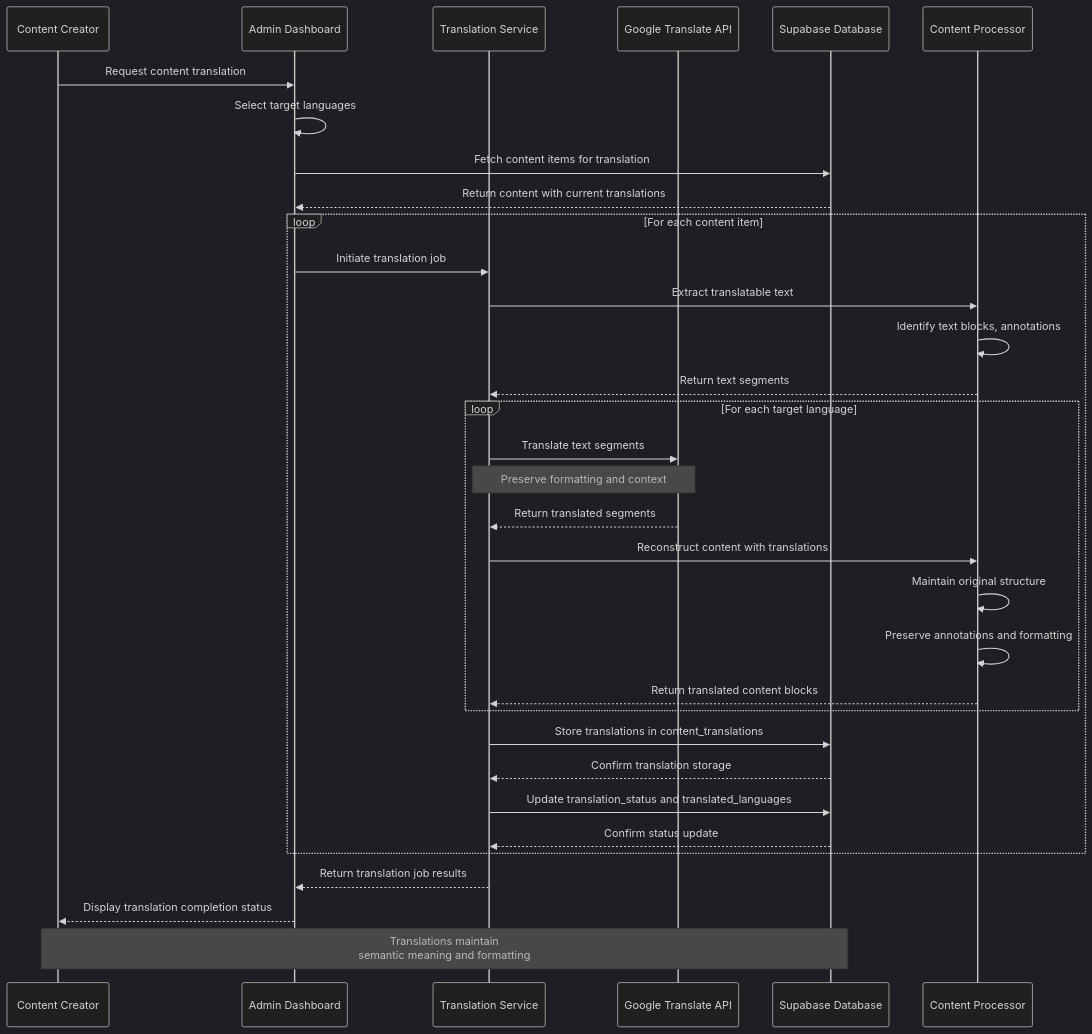
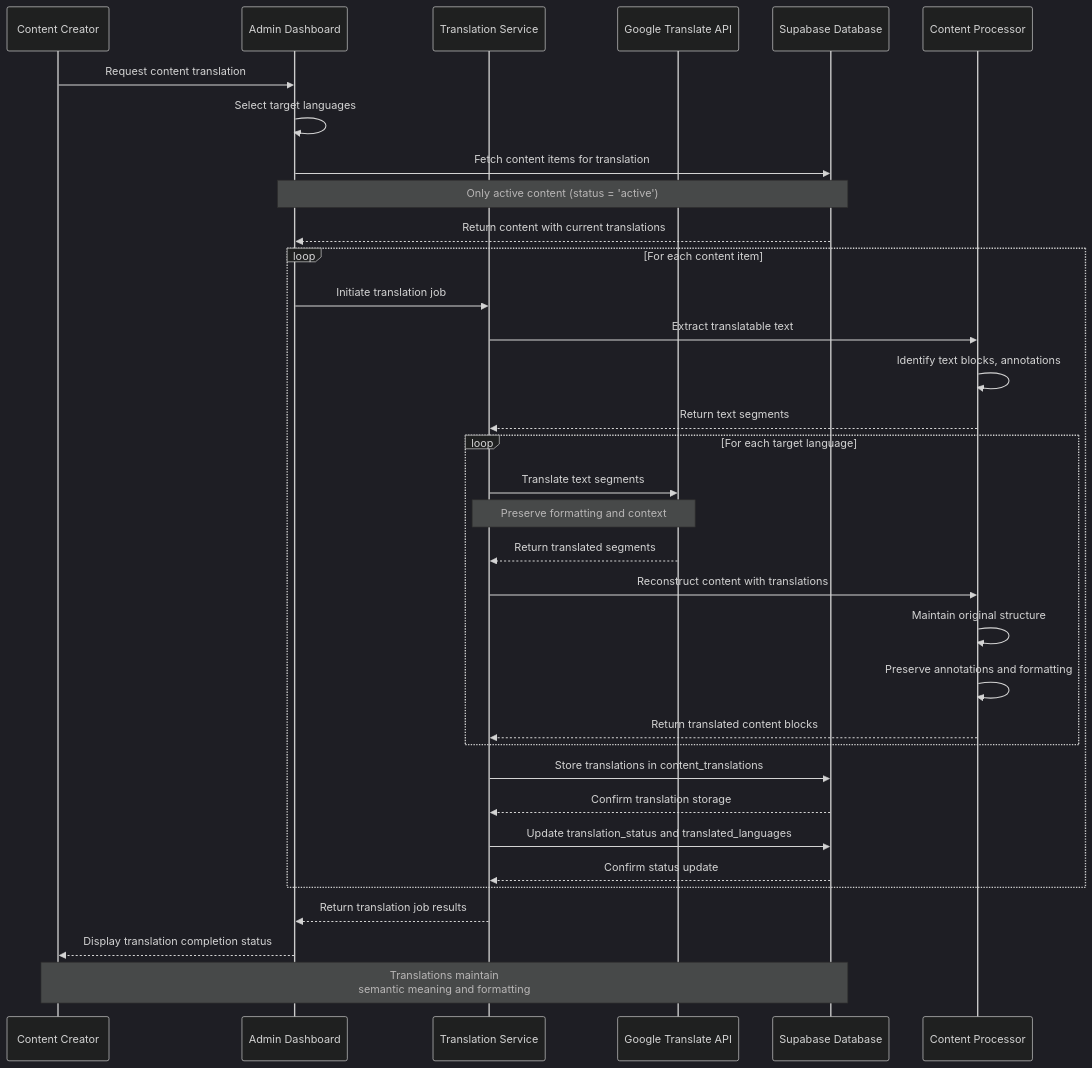
Before and after one commit to quinticechen/vista: the sixth of 8 diagrams in docs/SEQUENCE_DIAGRAMS.md, drawn with Mermaid (dark theme). The commit also changed other lines of this file and 2 other files, not shown here.

````diff
--- a/docs/SEQUENCE_DIAGRAMS.md
+++ b/docs/SEQUENCE_DIAGRAMS.md
@@ -231,45 +314,46 @@
 ```mermaid
 sequenceDiagram
     participant Creator as Content Creator
     participant Admin as Admin Dashboard
     participant TranslationAPI as Translation Service
     participant GoogleTranslate as Google Translate API
     participant DB as Supabase Database
     participant ContentProcessor as Content Processor
 
     Creator->>Admin: Request content translation
     Admin->>Admin: Select target languages
     Admin->>DB: Fetch content items for translation
+    Note over Admin,DB: Only active content (status = 'active')
     DB-->>Admin: Return content with current translations
     
     loop For each content item
         Admin->>TranslationAPI: Initiate translation job
         
         TranslationAPI->>ContentProcessor: Extract translatable text
         ContentProcessor->>ContentProcessor: Identify text blocks, annotations
         ContentProcessor-->>TranslationAPI: Return text segments
         
         loop For each target language
             TranslationAPI->>GoogleTranslate: Translate text segments
             Note over TranslationAPI,GoogleTranslate: Preserve formatting and context
             
             GoogleTranslate-->>TranslationAPI: Return translated segments
             
             TranslationAPI->>ContentProcessor: Reconstruct content with translations
             ContentProcessor->>ContentProcessor: Maintain original structure
             ContentProcessor->>ContentProcessor: Preserve annotations and formatting
             ContentProcessor-->>TranslationAPI: Return translated content blocks
         end
         
         TranslationAPI->>DB: Store translations in content_translations
         DB-->>TranslationAPI: Confirm translation storage
         
         TranslationAPI->>DB: Update translation_status and translated_languages
         DB-->>TranslationAPI: Confirm status update
     end
     
     TranslationAPI-->>Admin: Return translation job results
     Admin-->>Creator: Display translation completion status
     
     Note over Creator,DB: Translations maintain<br/>semantic meaning and formatting
 ```
````
